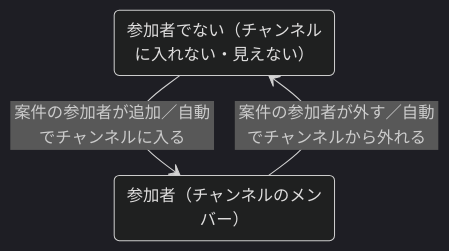
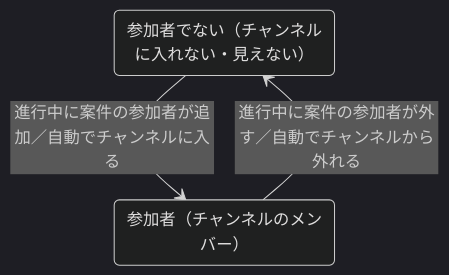
The fourth of 7 diagrams in docs/requirements/state-transitions.md (yamamotonaoki3/internal-system), drawn with Mermaid (dark theme) before and after one commit. The commit also changed other lines of this file and 9 other files, not shown here.

````diff
--- a/docs/requirements/state-transitions.md
+++ b/docs/requirements/state-transitions.md
@@ -108,7 +123,7 @@
 ```mermaid
 stateDiagram-v2
     state "参加者でない（チャンネルに入れない・見えない）" as NotMember
     state "参加者（チャンネルのメンバー）" as Member
-    NotMember --> Member: 案件の参加者が追加／自動でチャンネルに入る
-    Member --> NotMember: 案件の参加者が外す／自動でチャンネルから外れる
+    NotMember --> Member: 進行中に案件の参加者が追加／自動でチャンネルに入る
+    Member --> NotMember: 進行中に案件の参加者が外す／自動でチャンネルから外れる
 ```
````
